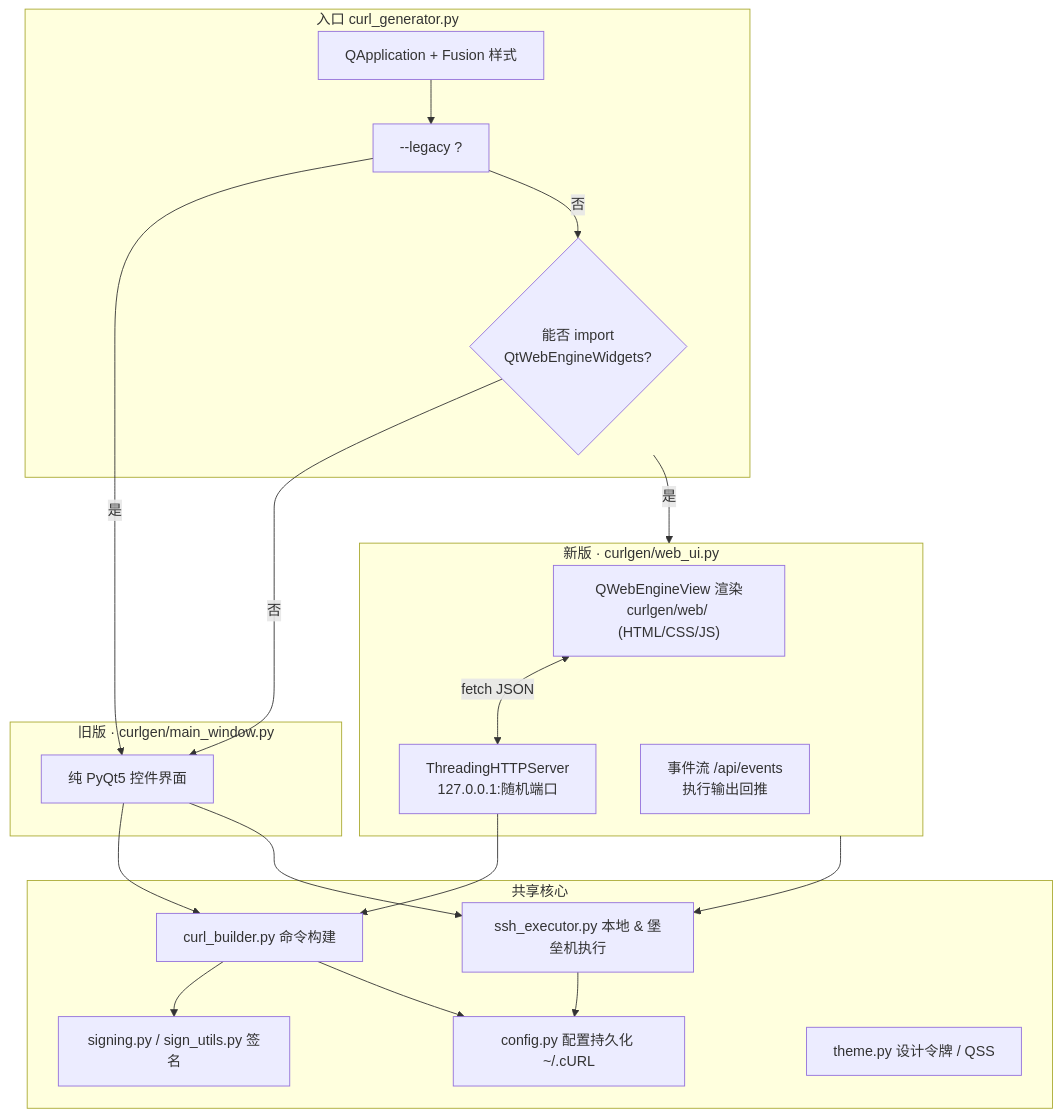
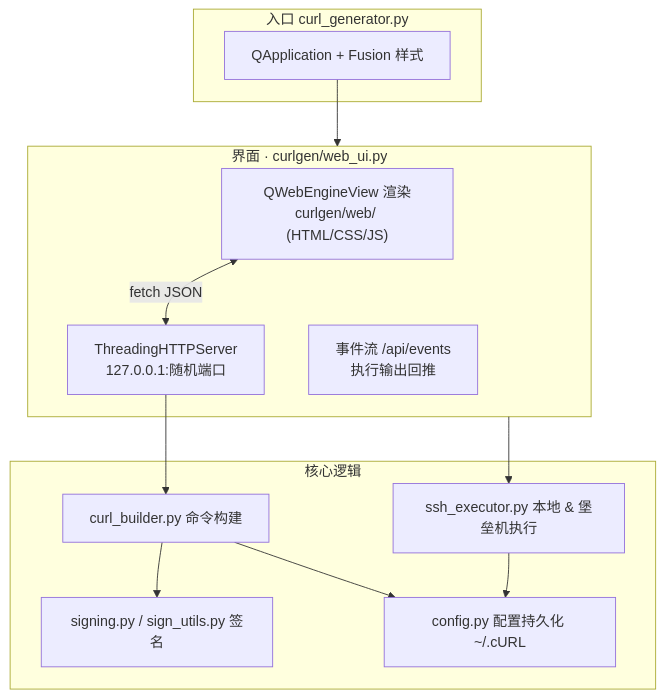
One commit to xiaobinger/cURL_remote changed the diagram in README.md. Above: the diagram before and after it, drawn with Mermaid. The commit also changed other lines of this file and 10 other files, not shown here.

Commit message:
refactor: 移除旧版 PyQt 界面与顶部视图菜单——删除 main_window/dialogs/widgets/saved_panel/theme 五个旧版模块（约 3400 行），入口去掉 --legacy 降级分支，前后端 switch_legacy 链路一并清除，星轨控制台成为唯一界面

````diff
--- a/README.md
+++ b/README.md
@@ -164,40 +161,27 @@
 ```mermaid
 flowchart TB
     subgraph Entry["入口 curl_generator.py"]
         A["QApplication + Fusion 样式"]
-        B{"能否 import<br/>QtWebEngineWidgets?"}
-        C["--legacy ?"]
     end
 
-    subgraph WebUI["新版 · curlgen/web_ui.py"]
+    subgraph WebUI["界面 · curlgen/web_ui.py"]
         W1["QWebEngineView 渲染<br/>curlgen/web/ (HTML/CSS/JS)"]
         W2["ThreadingHTTPServer<br/>127.0.0.1:随机端口"]
         W3["事件流 /api/events<br/>执行输出回推"]
     end
 
-    subgraph Legacy["旧版 · curlgen/main_window.py"]
-        L1["纯 PyQt5 控件界面"]
-    end
-
-    subgraph Shared["共享核心"]
+    subgraph Shared["核心逻辑"]
         S1["curl_builder.py 命令构建"]
         S2["signing.py / sign_utils.py 签名"]
         S3["ssh_executor.py 本地 & 堡垒机执行"]
         S4["config.py 配置持久化 ~/.cURL"]
-        S5["theme.py 设计令牌 / QSS"]
     end
 
-    A --> C
-    C -->|是| L1
-    C -->|否| B
-    B -->|是| WebUI
-    B -->|否| L1
+    A --> WebUI
     W1 <-->|fetch JSON| W2
     W2 --> S1
-    L1 --> S1
     S1 --> S2
     WebUI --> S3
-    L1 --> S3
     S1 --> S4
     S3 --> S4
 ```
````
